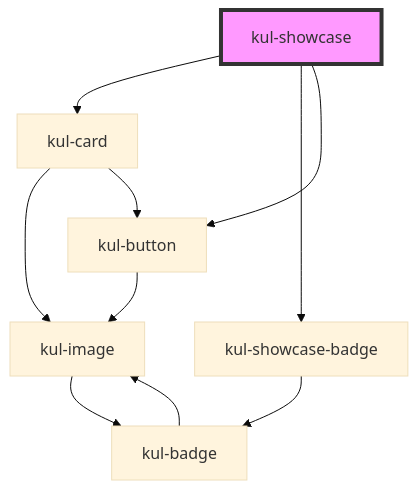
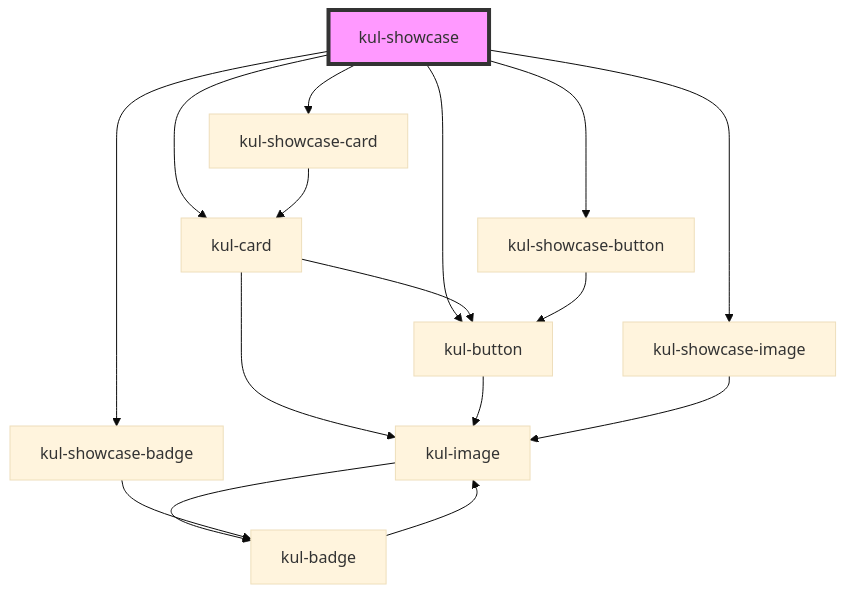
Before and after one commit to smeup/ketchup: the diagram in packages/ketchup-lite/src/components/kul-showcase/readme.md, drawn with Mermaid (base theme). The commit also changed other lines of this file and 15 other files, not shown here.

````diff
--- a/packages/ketchup-lite/src/components/kul-showcase/readme.md
+++ b/packages/ketchup-lite/src/components/kul-showcase/readme.md
@@ -86,13 +89,19 @@
 ```mermaid
 graph TD;
   kul-showcase --> kul-card
   kul-showcase --> kul-showcase-badge
+  kul-showcase --> kul-showcase-button
+  kul-showcase --> kul-showcase-card
+  kul-showcase --> kul-showcase-image
   kul-showcase --> kul-button
   kul-card --> kul-image
   kul-card --> kul-button
   kul-image --> kul-badge
   kul-badge --> kul-image
   kul-button --> kul-image
   kul-showcase-badge --> kul-badge
+  kul-showcase-button --> kul-button
+  kul-showcase-card --> kul-card
+  kul-showcase-image --> kul-image
   style kul-showcase fill:#f9f,stroke:#333,stroke-width:4px
 ```
````
